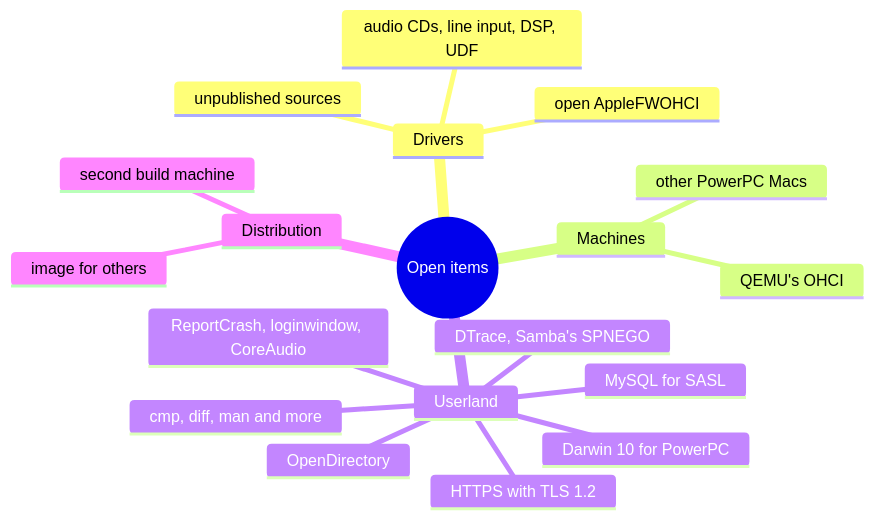
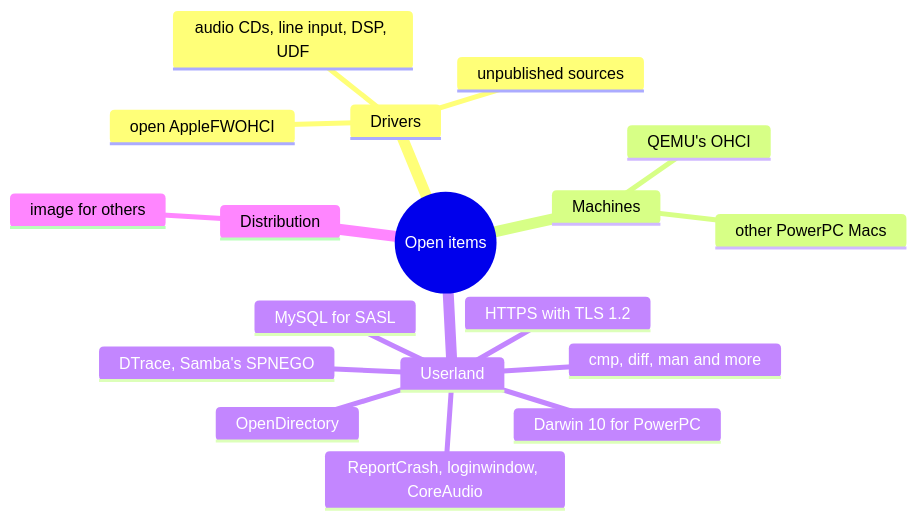
The diagram in docs/src/steps/whats-next.md (nyg/PowerDarwin), drawn with Mermaid before and after one commit. The commit also changed other lines of this file and 20 other files, not shown here.

````diff
--- a/docs/src/steps/whats-next.md
+++ b/docs/src/steps/whats-next.md
@@ -93,22 +89,21 @@
 ```mermaid
 mindmap
   root((Open items))
     Drivers
       open AppleFWOHCI
       audio CDs, line input, DSP, UDF
       unpublished sources
     Machines
       other PowerPC Macs
       QEMU's OHCI
     Userland
       OpenDirectory
       ReportCrash, loginwindow, CoreAudio
       MySQL for SASL
       cmp, diff, man and more
       HTTPS with TLS 1.2
       DTrace, Samba's SPNEGO
       Darwin 10 for PowerPC
     Distribution
       image for others
-      second build machine
 ```
````
